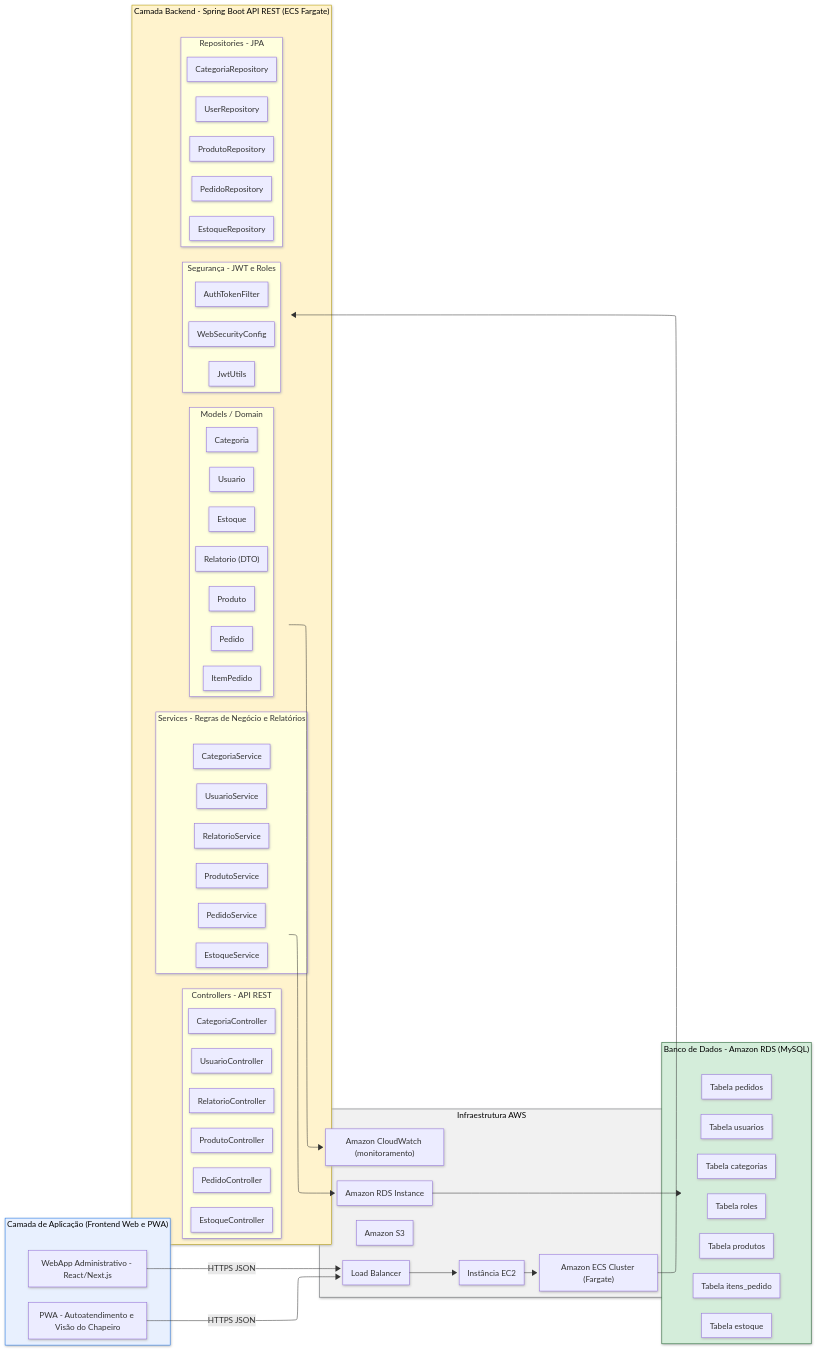
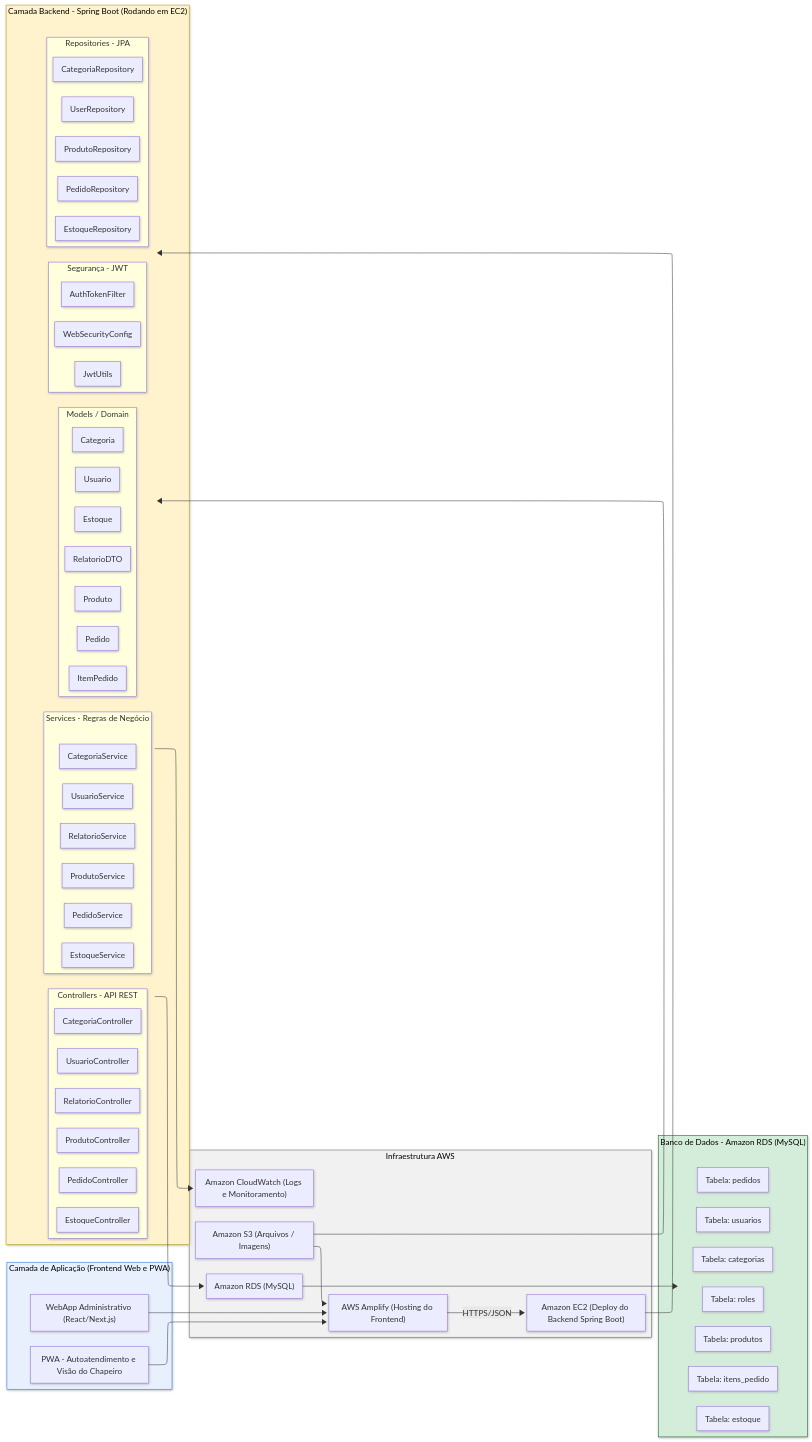
The diagram in documentos/Arquitetura_Geral_Sistema.md (llei7e/Integrador-Food-Truck), drawn with Mermaid before and after one commit. The commit also changed other lines of this file and 3 other files, not shown here.

Commit message:
✨ feat: diagramas e dockerfile

````diff
--- a/documentos/Arquitetura_Geral_Sistema.md
+++ b/documentos/Arquitetura_Geral_Sistema.md
@@ -8,86 +8,107 @@
   theme: default-dark
 ---
 flowchart LR
+
+ %% ---------------- FRONTEND ----------------
  subgraph FRONTEND["Camada de Aplicação (Frontend Web e PWA)"]
-        WebAdmin["WebApp Administrativo - React/Next.js"]
-        PWAApp["PWA - Autoatendimento e Visão do Chapeiro"]
-  end
+    WebAdmin["WebApp Administrativo (React/Next.js)"]
+    PWAApp["PWA - Autoatendimento e Visão do Chapeiro"]
+ end
+
+ %% ---------------- BACKEND LAYERS ----------------
  subgraph CONTROLLER["Controllers - API REST"]
-        UsuarioController["UsuarioController"]
-        ProdutoController["ProdutoController"]
-        CategoriaController["CategoriaController"]
-        PedidoController["PedidoController"]
-        EstoqueController["EstoqueController"]
-        RelatorioController["RelatorioController"]
-  end
- subgraph SERVICE["Services - Regras de Negócio e Relatórios"]
-        UsuarioService["UsuarioService"]
-        ProdutoService["ProdutoService"]
-        CategoriaService["CategoriaService"]
-        PedidoService["PedidoService"]
-        EstoqueService["EstoqueService"]
-        RelatorioService["RelatorioService"]
-  end
+    UsuarioController["UsuarioController"]
+    ProdutoController["ProdutoController"]
+    CategoriaController["CategoriaController"]
+    PedidoController["PedidoController"]
+    EstoqueController["EstoqueController"]
+    RelatorioController["RelatorioController"]
+ end
+
+ subgraph SERVICE["Services - Regras de Negócio"]
+    UsuarioService["UsuarioService"]
+    ProdutoService["ProdutoService"]
+    CategoriaService["CategoriaService"]
+    PedidoService["PedidoService"]
+    EstoqueService["EstoqueService"]
+    RelatorioService["RelatorioService"]
+ end
+
  subgraph REPOSITORY["Repositories - JPA"]
-        UserRepository["UserRepository"]
-        ProdutoRepository["ProdutoRepository"]
-        CategoriaRepository["CategoriaRepository"]
-        PedidoRepository["PedidoRepository"]
-        EstoqueRepository["EstoqueRepository"]
-  end
+    UserRepository["UserRepository"]
+    ProdutoRepository["ProdutoRepository"]
+    CategoriaRepository["CategoriaRepository"]
+    PedidoRepository["PedidoRepository"]
+    EstoqueRepository["EstoqueRepository"]
+ end
+
  subgraph MODEL["Models / Domain"]
-        Usuario["Usuario"]
-        Produto["Produto"]
-        Categoria["Categoria"]
-        Pedido["Pedido"]
-        ItemPedido["ItemPedido"]
-        Estoque["Estoque"]
-        Relatorio["Relatorio (DTO)"]
-  end
- subgraph SECURITY["Segurança - JWT e Roles"]
-        WebSecurityConfig["WebSecurityConfig"]
-        JwtUtils["JwtUtils"]
-        AuthTokenFilter["AuthTokenFilter"]
-  end
- subgraph BACKEND["Camada Backend - Spring Boot API REST (ECS Fargate)"]
-        CONTROLLER
-        SERVICE
-        REPOSITORY
-        MODEL
-        SECURITY
-  end
+    Usuario["Usuario"]
+    Produto["Produto"]
+    Categoria["Categoria"]
+    Pedido["Pedido"]
+    ItemPedido["ItemPedido"]
+    Estoque["Estoque"]
+    RelatorioDTO["RelatorioDTO"]
+ end
+
+ subgraph SECURITY["Segurança - JWT"]
+    WebSecurityConfig["WebSecurityConfig"]
+    JwtUtils["JwtUtils"]
+    AuthTokenFilter["AuthTokenFilter"]
+ end
+
+ subgraph BACKEND["Camada Backend - Spring Boot (Rodando em EC2)"]
+    CONTROLLER
+    SERVICE
+    REPOSITORY
+    MODEL
+    SECURITY
+ end
+
+ %% ---------------- DATABASE ----------------
  subgraph DATABASE["Banco de Dados - Amazon RDS (MySQL)"]
-        TB_USUARIOS["Tabela usuarios"]
-        TB_PRODUTOS["Tabela produtos"]
-        TB_PEDIDOS["Tabela pedidos"]
-        TB_ITENS["Tabela itens_pedido"]
-        TB_ESTOQUE["Tabela estoque"]
-        TB_CATEGORIAS["Tabela categorias"]
-        TB_ROLES["Tabela roles"]
-  end
+    TB_USUARIOS["Tabela: usuarios"]
+    TB_PRODUTOS["Tabela: produtos"]
+    TB_PEDIDOS["Tabela: pedidos"]
+    TB_ITENS["Tabela: itens_pedido"]
+    TB_ESTOQUE["Tabela: estoque"]
+    TB_CATEGORIAS["Tabela: categorias"]
+    TB_ROLES["Tabela: roles"]
+ end
+
+ %% ---------------- INFRA ----------------
  subgraph INFRA["Infraestrutura AWS"]
-        ECSCluster["Amazon ECS Cluster (Fargate)"]
-        EC2Proxy["Instância EC2"]
-        LoadBalancer["Load Balancer"]
-        RDSInstance["Amazon RDS Instance"]
-        S3Bucket["Amazon S3"]
-        CloudWatch["Amazon CloudWatch (monitoramento)"]
-  end
-    WebAdmin -- HTTPS JSON --> LoadBalancer
-    PWAApp -- HTTPS JSON --> LoadBalancer
-    LoadBalancer --> EC2Proxy
-    EC2Proxy --> ECSCluster
-    ECSCluster --> BACKEND
-    BACKEND --> RDSInstance & CloudWatch
-    RDSInstance --> DATABASE
-    
-     BACKEND:::backend
-     DATABASE:::db
-     FRONTEND:::frontend
-     INFRA:::infra
+    Amplify["AWS Amplify (Hosting do Frontend)"]
+    EC2Backend["Amazon EC2 (Deploy do Backend Spring Boot)"]
+    S3Bucket["Amazon S3 (Arquivos / Imagens)"]
+    RDSInstance["Amazon RDS (MySQL)"]
+    CloudWatch["Amazon CloudWatch (Logs e Monitoramento)"]
+ end
 
-    classDef frontend fill:#e8f0fe,stroke:#1a73e8,stroke-width:1px,color:#000
-    classDef backend fill:#fff3cd,stroke:#b59b00,stroke-width:1px,color:#000
-    classDef db fill:#d4edda,stroke:#155724,stroke-width:1px,color:#000
-    classDef infra fill:#f1f1f1,stroke:#5f6368,stroke-width:1px,color:#000
+ %% ---------------- CONNECTIONS ----------------
+ WebAdmin --> Amplify
+ PWAApp --> Amplify
+
+ Amplify -- HTTPS/JSON --> EC2Backend
+ EC2Backend --> BACKEND
+
+ BACKEND --> RDSInstance
+ BACKEND --> CloudWatch
+
+ RDSInstance --> DATABASE
+
+ S3Bucket --> Amplify
+ S3Bucket --> BACKEND
+
+ %% ---------------- STYLES ----------------
+ classDef frontend fill:#e8f0fe,stroke:#1a73e8,stroke-width:1px,color:#000;
+ classDef backend fill:#fff3cd,stroke:#b59b00,stroke-width:1px,color:#000;
+ classDef db fill:#d4edda,stroke:#155724,stroke-width:1px,color:#000;
+ classDef infra fill:#f1f1f1,stroke:#5f6368,stroke-width:1px,color:#000;
+
+ class FRONTEND frontend;
+ class BACKEND backend;
+ class DATABASE db;
+ class INFRA infra;
 ```
````
